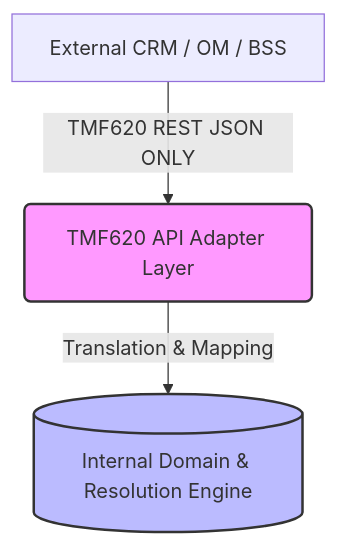
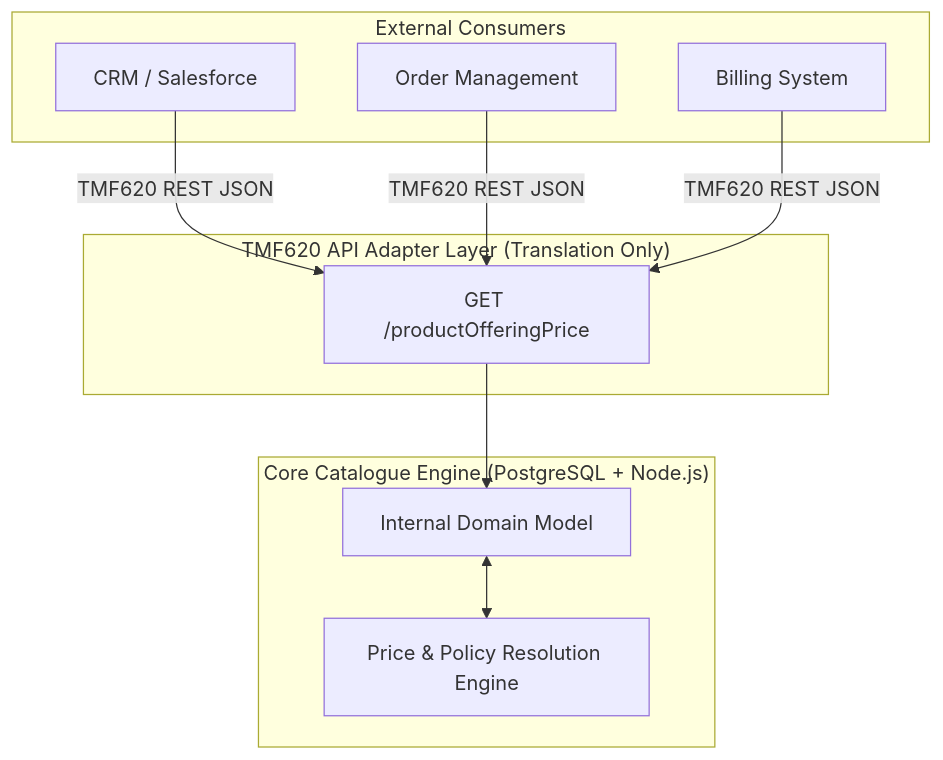
One commit to ashish8official/telecom-product-catalogue changed the diagram in README.md. Above: the diagram before and after it, drawn with Mermaid. The commit also changed other lines of this file, not shown here.

````diff
--- a/README.md
+++ b/README.md
@@ -18,8 +40,24 @@
 ```mermaid
 graph TD
-    A[External CRM / OM / BSS] -->|TMF620 REST JSON ONLY| B(TMF620 API Adapter Layer)
-    B -->|Translation & Mapping| C[(Internal Domain & Resolution Engine)]
+    subgraph "External Consumers"
+        CRM[CRM / Salesforce]
+        OM[Order Management]
+        BSS[Billing System]
+    end
+
+    subgraph "TMF620 API Adapter Layer (Translation Only)"
+        TMF[GET /productOfferingPrice]
+    end
+
+    subgraph "Core Catalogue Engine (PostgreSQL + Node.js)"
+        Domain[Internal Domain Model]
+        Resolver[Price & Policy Resolution Engine]
+    end
+
+    CRM -->|TMF620 REST JSON| TMF
+    OM -->|TMF620 REST JSON| TMF
+    BSS -->|TMF620 REST JSON| TMF
     
-    style B fill:#f9f,stroke:#333,stroke-width:2px
-    style C fill:#bbf,stroke:#333,stroke-width:2px
+    TMF --> Domain
+    Domain <--> Resolver
 ```
````
